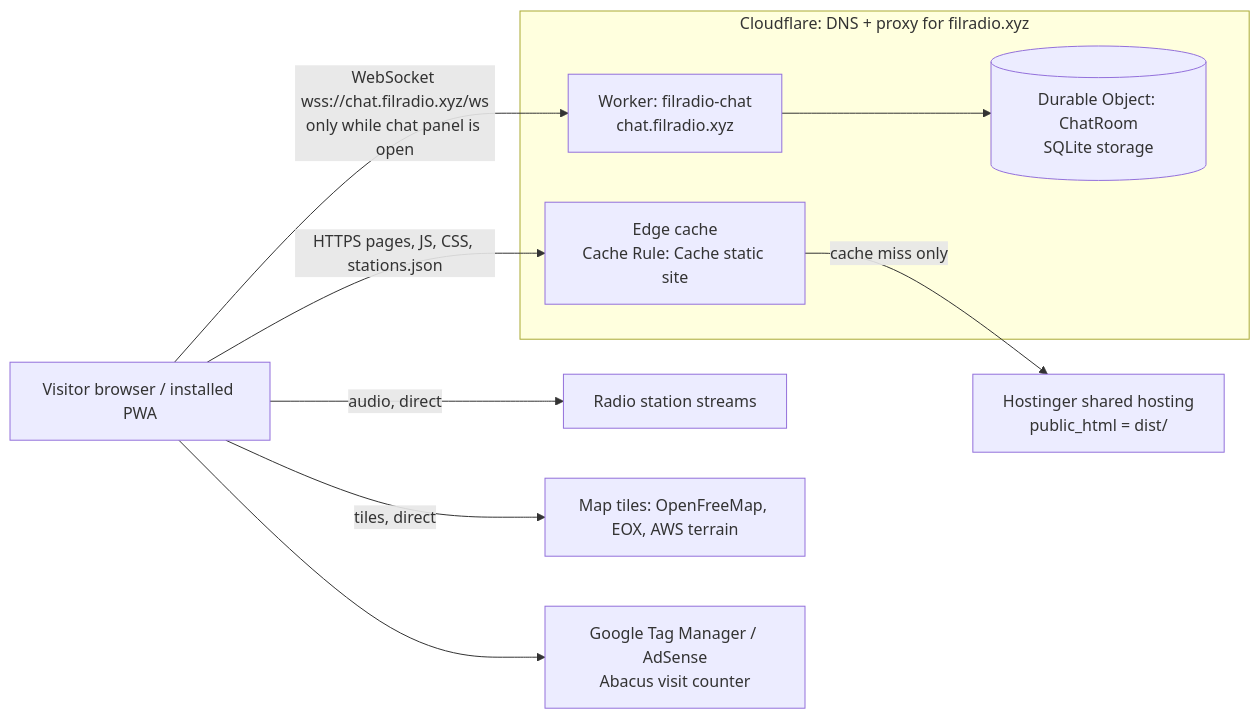
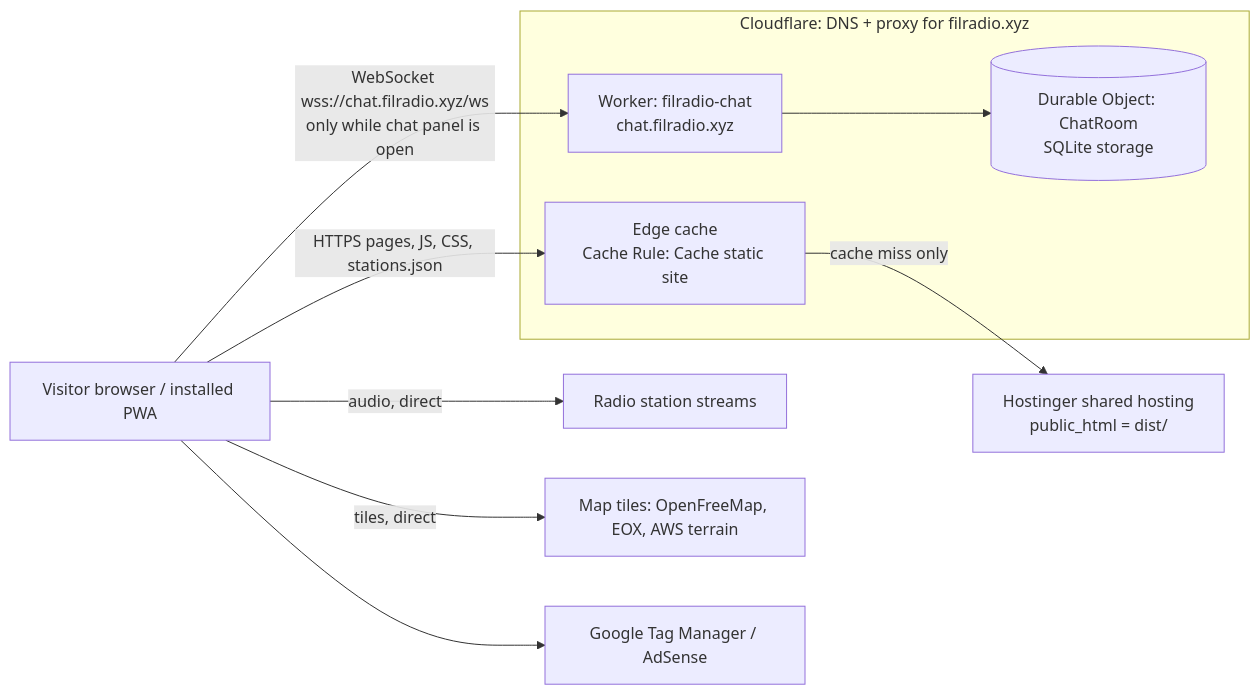
One commit to rnamocot/firadio changed the first of 2 diagrams in README.md. Above: the diagram before and after it, drawn with Mermaid. The commit also changed other lines of this file and 24 other files, not shown here.

````diff
--- a/README.md
+++ b/README.md
@@ -30,21 +30,21 @@
 ```mermaid
 flowchart LR
     V[Visitor browser / installed PWA]
     subgraph CF[Cloudflare: DNS + proxy for filradio.xyz]
         CACHE[Edge cache<br/>Cache Rule: Cache static site]
         W[Worker: filradio-chat<br/>chat.filradio.xyz]
         DO[(Durable Object: ChatRoom<br/>SQLite storage)]
     end
     H[Hostinger shared hosting<br/>public_html = dist/]
     S[Radio station streams]
     M[Map tiles: OpenFreeMap, EOX, AWS terrain]
-    A[Google Tag Manager / AdSense<br/>Abacus visit counter]
+    A[Google Tag Manager / AdSense]
 
     V -- HTTPS pages, JS, CSS, stations.json --> CACHE
     CACHE -- cache miss only --> H
     V -- WebSocket wss://chat.filradio.xyz/ws<br/>only while chat panel is open --> W
     W --> DO
     V -- audio, direct --> S
     V -- tiles, direct --> M
     V --> A
 ```
````
